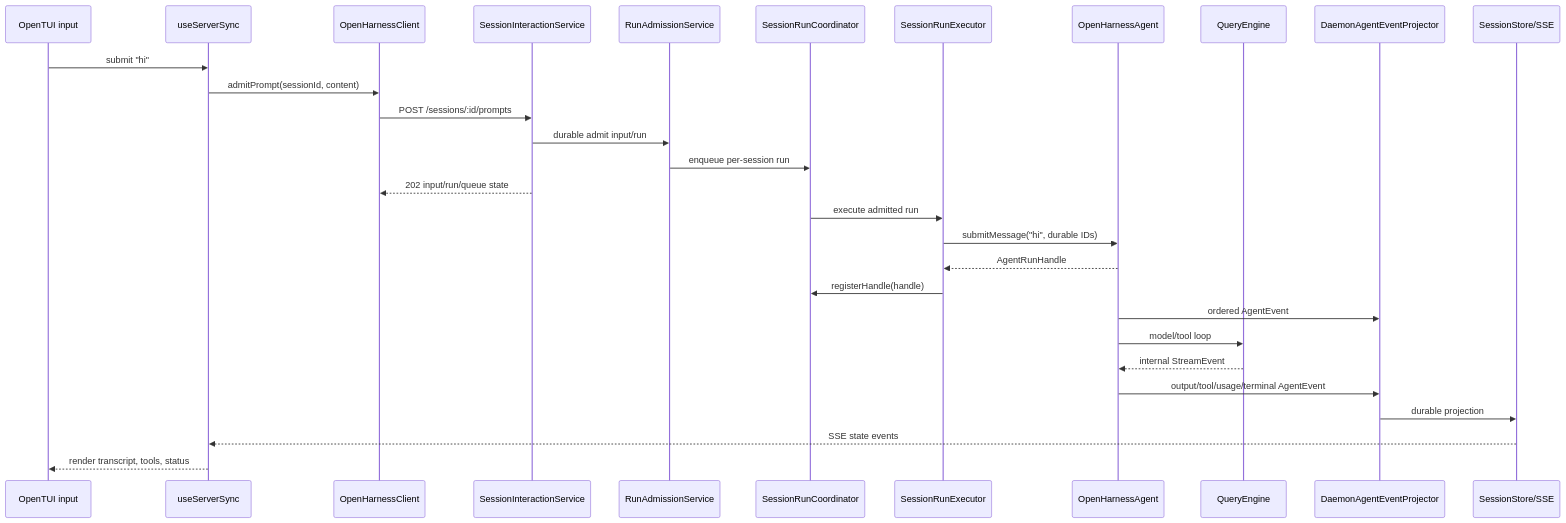
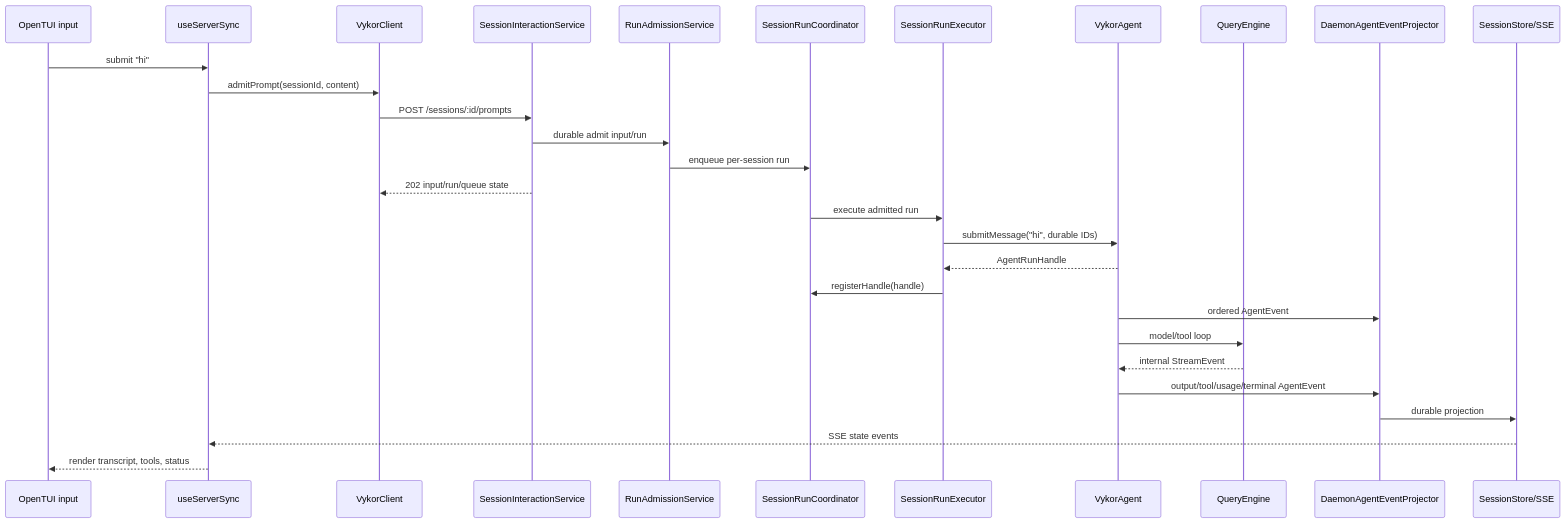
Before and after one commit to rzx007/Vykor: the diagram in docs/tui-flow.md, drawn with Mermaid. The commit also changed other lines of this file and 1124 other files, not shown here.

````diff
--- a/docs/tui-flow.md
+++ b/docs/tui-flow.md
@@ -21,32 +21,32 @@
 ```mermaid
 sequenceDiagram
   participant Input as OpenTUI input
   participant Sync as useServerSync
-  participant Client as OpenHarnessClient
+  participant Client as VykorClient
   participant App as SessionInteractionService
   participant Admission as RunAdmissionService
   participant Lane as SessionRunCoordinator
   participant Exec as SessionRunExecutor
-  participant Agent as OpenHarnessAgent
+  participant Agent as VykorAgent
   participant QE as QueryEngine
   participant Projection as DaemonAgentEventProjector
   participant Store as SessionStore/SSE
 
   Input->>Sync: submit "hi"
   Sync->>Client: admitPrompt(sessionId, content)
   Client->>App: POST /sessions/:id/prompts
   App->>Admission: durable admit input/run
   Admission->>Lane: enqueue per-session run
   App-->>Client: 202 input/run/queue state
   Lane->>Exec: execute admitted run
   Exec->>Agent: submitMessage("hi", durable IDs)
   Agent-->>Exec: AgentRunHandle
   Exec->>Lane: registerHandle(handle)
   Agent->>Projection: ordered AgentEvent
   Agent->>QE: model/tool loop
   QE-->>Agent: internal StreamEvent
   Agent->>Projection: output/tool/usage/terminal AgentEvent
   Projection->>Store: durable projection
   Store-->>Sync: SSE state events
   Sync-->>Input: render transcript, tools, status
 ```
````
